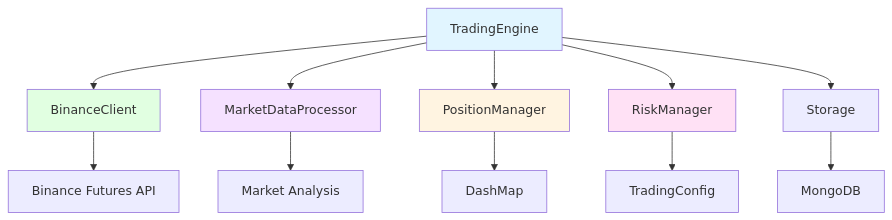
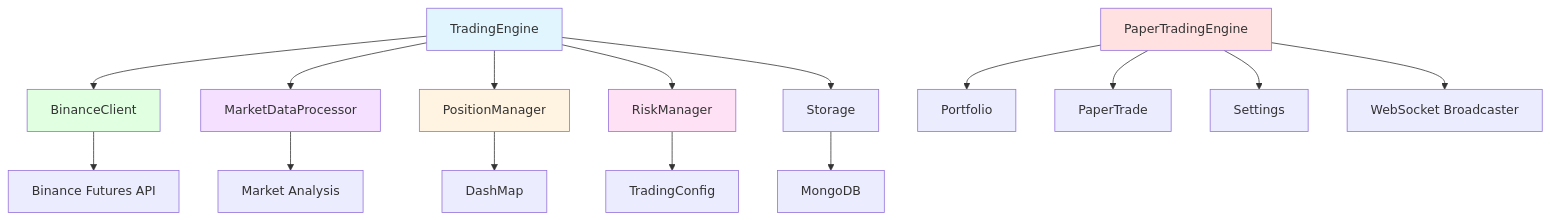
One commit to magic-ai-trading-bot/bot-core changed the first of 4 diagrams in specs/02-design/2.5-components/COMP-RUST-TRADING.md. Above: the diagram before and after it, drawn with Mermaid. The commit also changed other lines of this file and 99 other files, not shown here.

````diff
--- a/specs/02-design/2.5-components/COMP-RUST-TRADING.md
+++ b/specs/02-design/2.5-components/COMP-RUST-TRADING.md
@@ -94,21 +103,27 @@
 ```mermaid
 graph TB
     A[TradingEngine] --> B[BinanceClient]
     A --> C[MarketDataProcessor]
     A --> D[PositionManager]
     A --> E[RiskManager]
     A --> F[Storage]
 
     D --> G[DashMap<String, Position>]
     E --> H[TradingConfig]
 
     B --> I[Binance Futures API]
     C --> J[Market Analysis]
     F --> K[MongoDB]
 
+    PT[PaperTradingEngine] --> PF[Portfolio]
+    PT --> TR[PaperTrade]
+    PT --> ST[Settings]
+    PT --> WS[WebSocket Broadcaster]
+
     style A fill:#e1f5ff
     style D fill:#fff4e1
     style E fill:#ffe1f5
     style B fill:#e1ffe1
     style C fill:#f5e1ff
+    style PT fill:#ffe1e1
 ```
````
